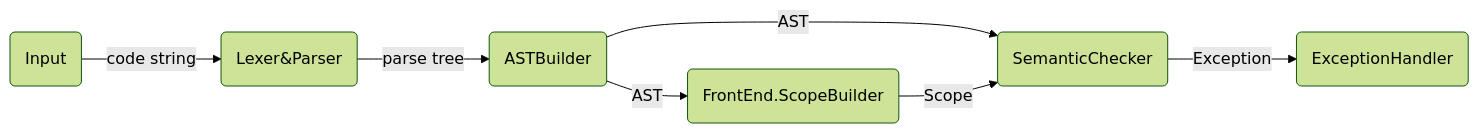
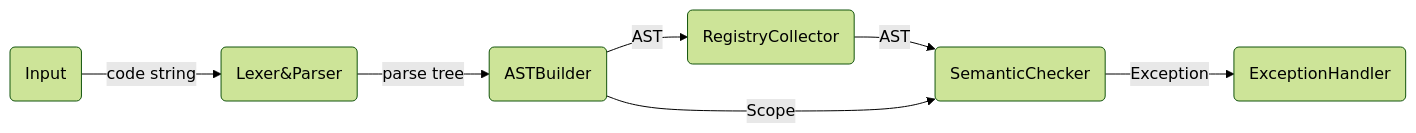
One commit to SiriusNEO/Masterball changed the diagram in doc/FrontEndDesign.md. Above: the diagram before and after it, drawn with Mermaid (forest theme). The commit also changed other lines of this file and 13 other files, not shown here.

````diff
--- a/doc/FrontEndDesign.md
+++ b/doc/FrontEndDesign.md
@@ -8,10 +8,10 @@
 ```mermaid
 graph LR
 I(Input) -->|code string| B(Lexer&Parser)
 B -->|parse tree| A(ASTBuilder)
-A(ASTBuilder) --> |AST| S(SemanticChecker)
+C--> |AST| S(SemanticChecker)
+A --> |AST| C(RegistryCollector)
 S --> |Exception| H(ExceptionHandler)
-A --> |AST| F(FrontEnd.ScopeBuilder)
-F --> |Scope| S
+A--> |Scope| S
 
 ```
````
